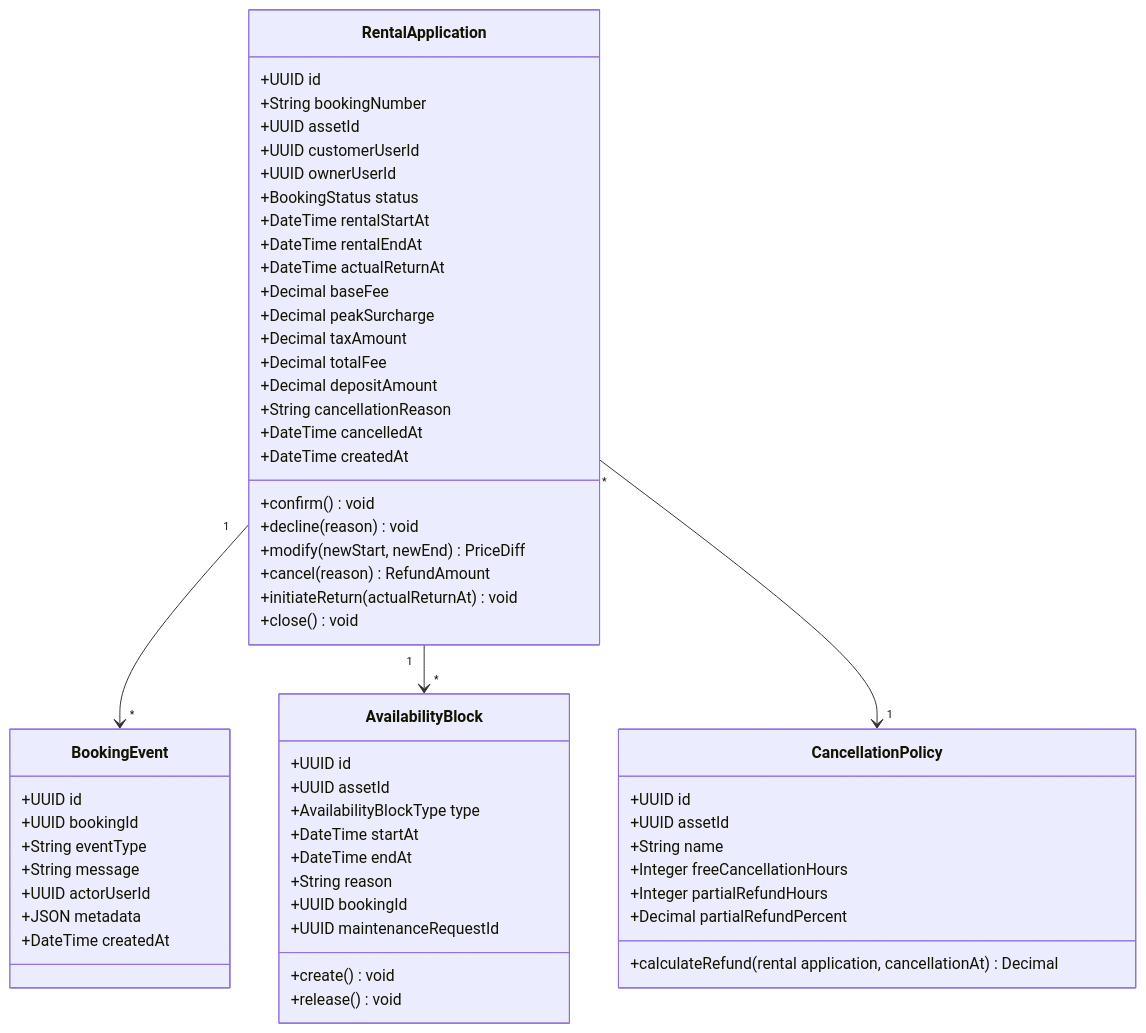
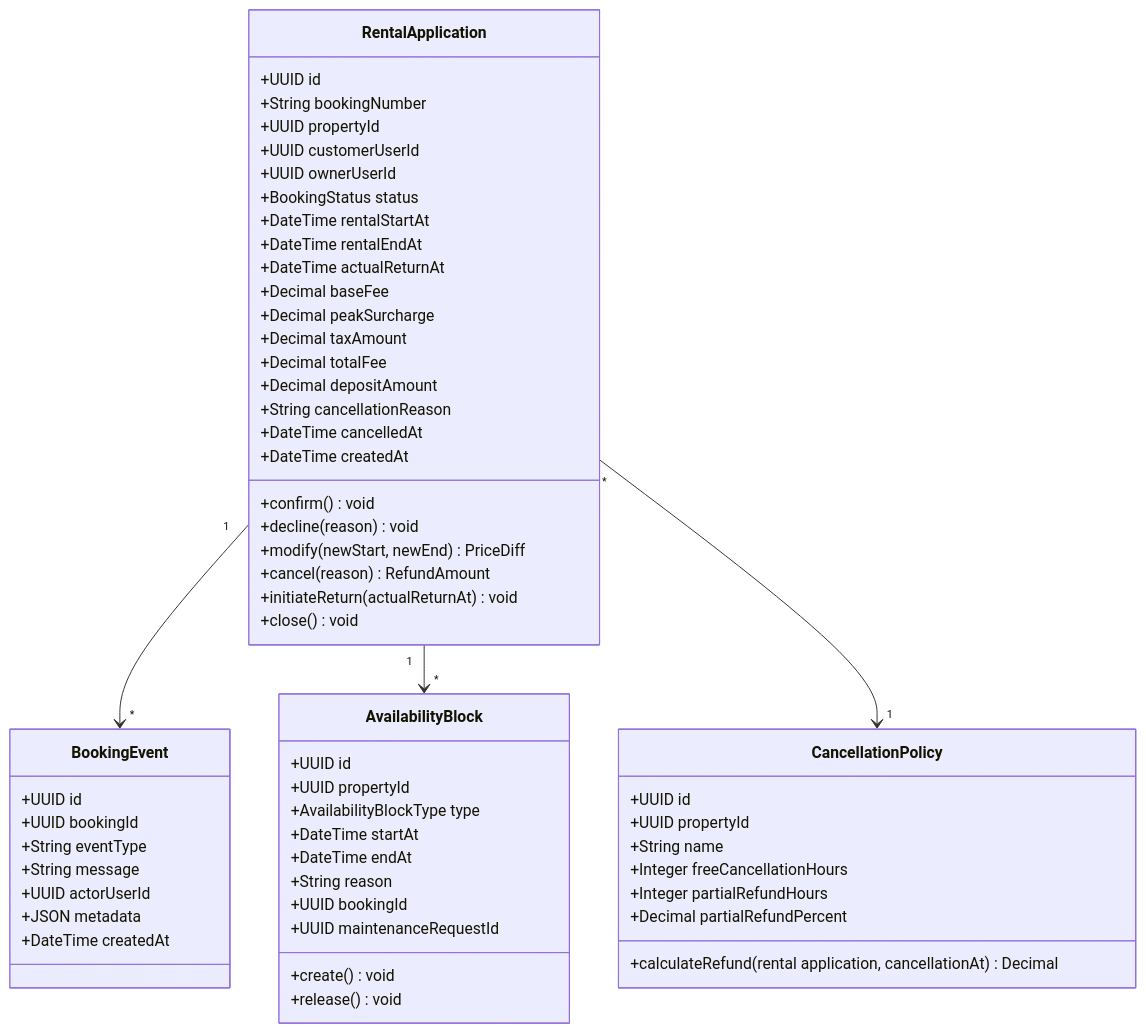
Before and after one commit to 0Ankit0/meroghar: the fourth of 8 diagrams in docs/detailed-design/class-diagrams.md, drawn with Mermaid. The commit also changed other lines of this file and 13 other files, not shown here.

````diff
--- a/docs/detailed-design/class-diagrams.md
+++ b/docs/detailed-design/class-diagrams.md
@@ -197,65 +197,65 @@
 ```mermaid
 classDiagram
     class Rental Application {
         +UUID id
         +String bookingNumber
-        +UUID assetId
+        +UUID propertyId
         +UUID customerUserId
         +UUID ownerUserId
         +BookingStatus status
         +DateTime rentalStartAt
         +DateTime rentalEndAt
         +DateTime actualReturnAt
         +Decimal baseFee
         +Decimal peakSurcharge
         +Decimal taxAmount
         +Decimal totalFee
         +Decimal depositAmount
         +String cancellationReason
         +DateTime cancelledAt
         +DateTime createdAt
         +confirm() void
         +decline(reason) void
         +modify(newStart, newEnd) PriceDiff
         +cancel(reason) RefundAmount
         +initiateReturn(actualReturnAt) void
         +close() void
     }
 
     class AvailabilityBlock {
         +UUID id
-        +UUID assetId
+        +UUID propertyId
         +AvailabilityBlockType type
         +DateTime startAt
         +DateTime endAt
         +String reason
         +UUID bookingId
         +UUID maintenanceRequestId
         +create() void
         +release() void
     }
 
     class CancellationPolicy {
         +UUID id
-        +UUID assetId
+        +UUID propertyId
         +String name
         +Integer freeCancellationHours
         +Integer partialRefundHours
         +Decimal partialRefundPercent
         +calculateRefund(rental application, cancellationAt) Decimal
     }
 
     class BookingEvent {
         +UUID id
         +UUID bookingId
         +String eventType
         +String message
         +UUID actorUserId
         +JSON metadata
         +DateTime createdAt
     }
 
     Rental Application "1" --> "*" BookingEvent
     Rental Application "1" --> "*" AvailabilityBlock
     Rental Application "*" --> "1" CancellationPolicy
 ```
````
